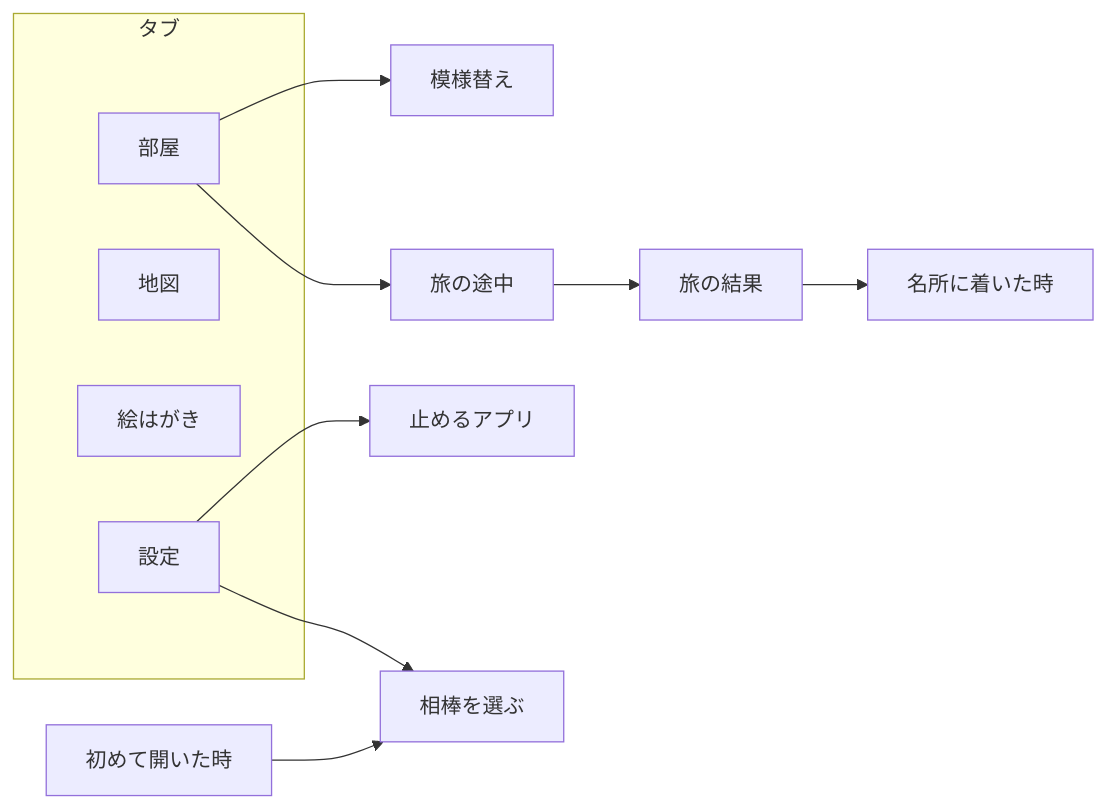
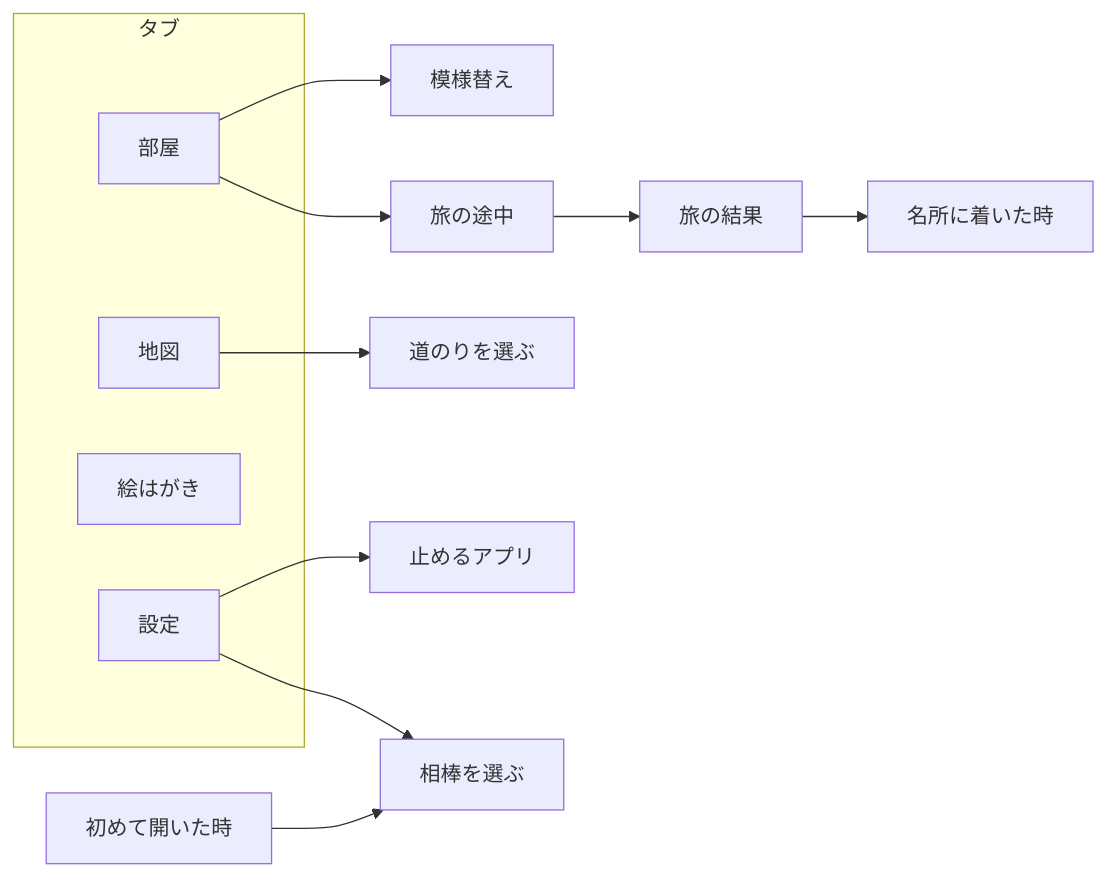
Before and after one commit to yossibank/unscroll: the diagram in docs/roadmap.md, drawn with Mermaid. The commit also changed other lines of this file and 28 other files, not shown here.

````diff
--- a/docs/roadmap.md
+++ b/docs/roadmap.md
@@ -37,16 +37,17 @@
 ```mermaid
 flowchart LR
     first["初めて開いた時"] --> companion["相棒を選ぶ"]
     subgraph tabs["タブ"]
         room["部屋"]
         map["地図"]
         album["絵はがき"]
         set["設定"]
     end
     room --> decor["模様替え"]
+    map --> routes["道のりを選ぶ"]
     room --> trip["旅の途中"]
     trip --> result["旅の結果"]
     result --> arrive["名所に着いた時"]
     set --> pick["止めるアプリ"]
     set --> companion
 ```
````
